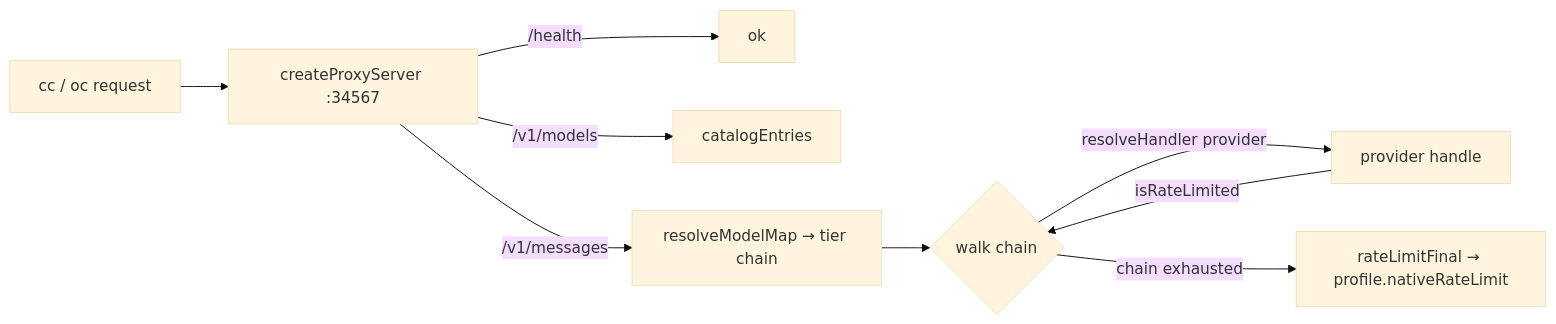
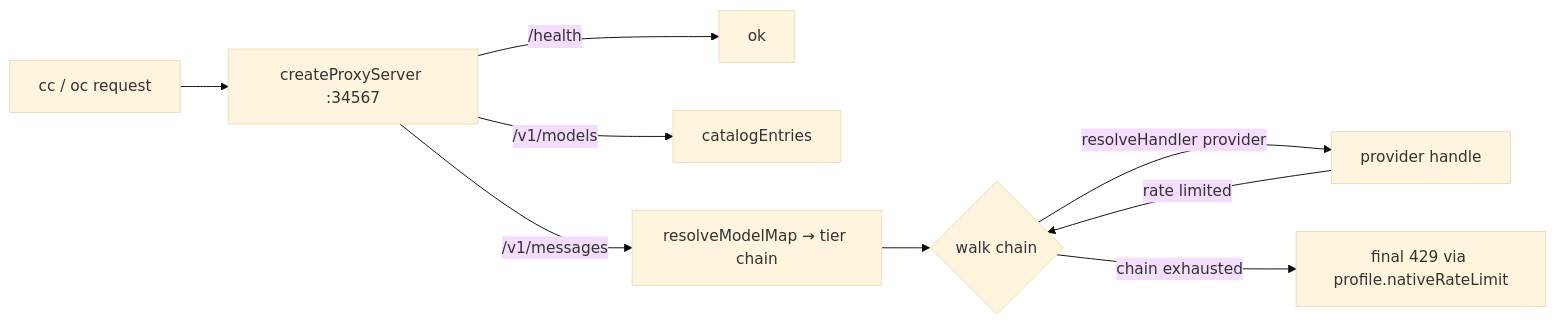
The diagram in README.md (intisy-ai/core-proxy), drawn with Mermaid (base theme) before and after one commit. The commit also changed other lines of this file and 5 other files, not shown here.

First line of the commit message:
feat!: drop the rate-limit helpers the router replaced

````diff
--- a/README.md
+++ b/README.md
@@ -15,11 +15,11 @@
 ```mermaid
 flowchart LR
   A[cc / oc request] --> S[createProxyServer :34567]
   S -->|/health| H[ok]
   S -->|/v1/models| C[catalogEntries]
   S -->|/v1/messages| R[resolveModelMap → tier chain]
   R --> W{walk chain}
   W -->|resolveHandler provider| P[provider handle]
-  P -->|isRateLimited| W
-  W -->|chain exhausted| N[rateLimitFinal → profile.nativeRateLimit]
+  P -->|rate limited| W
+  W -->|chain exhausted| N[final 429 via profile.nativeRateLimit]
 ```
````
